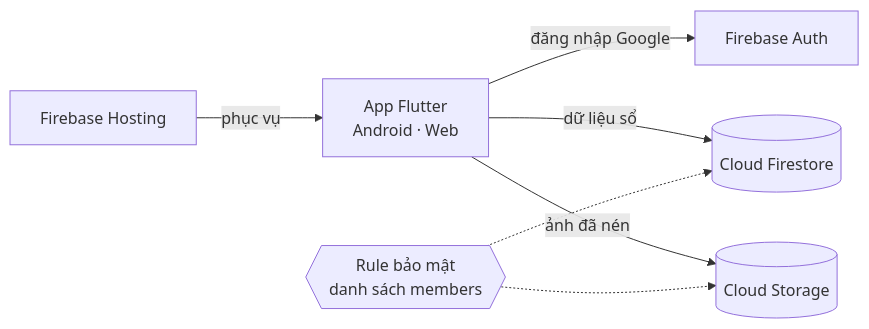
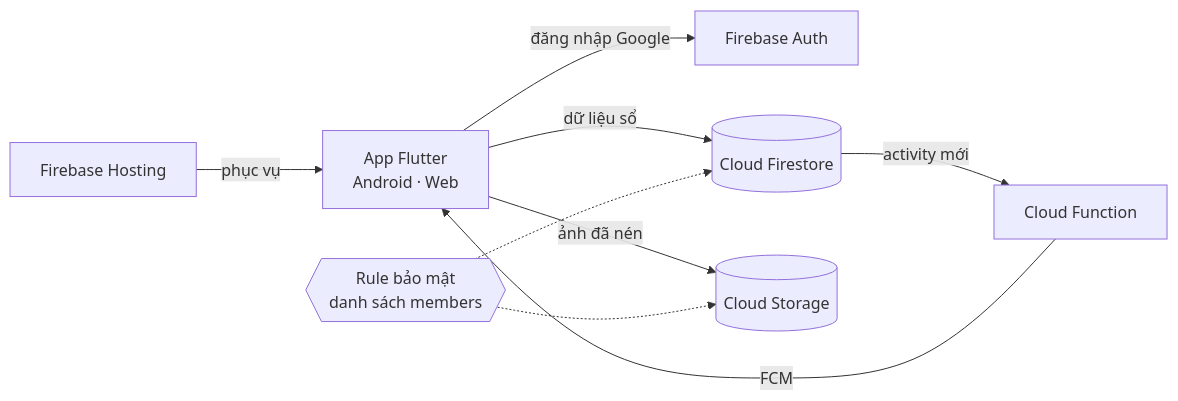
One commit to hkhaNguyen/us-together changed the diagram in README.vi.md. Above: the diagram before and after it, drawn with Mermaid. The commit also changed other lines of this file and 1 other file, not shown here.

````diff
--- a/README.vi.md
+++ b/README.vi.md
@@ -35,9 +35,11 @@
 ```mermaid
 flowchart LR
   app["App Flutter<br/>Android · Web"] -- đăng nhập Google --> auth[Firebase Auth]
   app -- dữ liệu sổ --> fs[(Cloud Firestore)]
   app -- ảnh đã nén --> st[(Cloud Storage)]
   hosting[Firebase Hosting] -- phục vụ --> app
   rules{{"Rule bảo mật<br/>danh sách members"}} -.-> fs
   rules -.-> st
+  fs -- activity mới --> fn[Cloud Function]
+  fn -- FCM --> app
 ```
````
